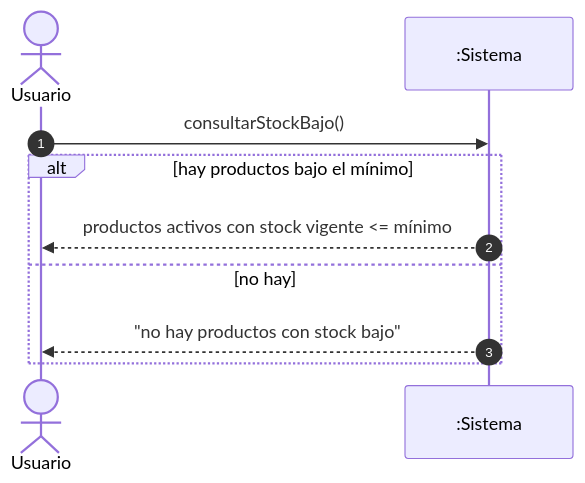
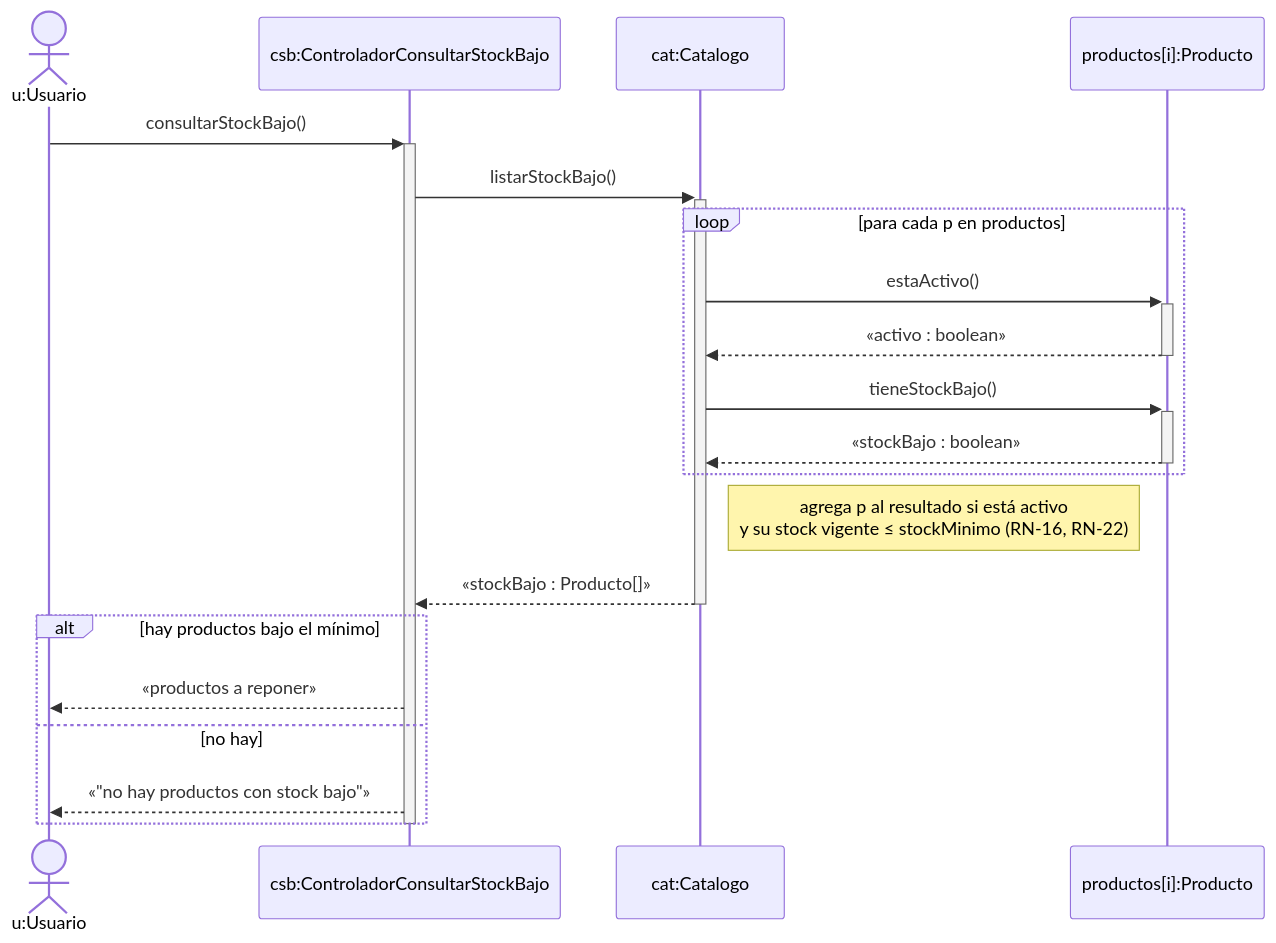
One commit to cirotop/Stock-Project changed diagram 11 of 12 in 08-Diagrama De Secuencia/Diagramas_de_Secuencia.md. Above: the diagram before and after it, drawn with Mermaid. The commit also changed other lines of this file, not shown here.

````diff
--- a/08-Diagrama De Secuencia/Diagramas_de_Secuencia.md
+++ b/08-Diagrama De Secuencia/Diagramas_de_Secuencia.md
@@ -152,12 +384,24 @@
 ```mermaid
 sequenceDiagram
-    autonumber
-    actor U as Usuario
-    participant S as :Sistema
-    U->>S: consultarStockBajo()
+    actor u as u:Usuario
+    participant csb as csb:ControladorConsultarStockBajo
+    participant cat as cat:Catalogo
+    participant p as productos[i]:Producto
+
+    u->>+csb: consultarStockBajo()
+    csb->>+cat: listarStockBajo()
+    loop para cada p en productos
+        cat->>+p: estaActivo()
+        p-->>-cat: «activo : boolean»
+        cat->>+p: tieneStockBajo()
+        p-->>-cat: «stockBajo : boolean»
+    end
+    Note right of cat: agrega p al resultado si está activo<br/>y su stock vigente ≤ stockMinimo (RN-16, RN-22)
+    cat-->>-csb: «stockBajo : Producto[]»
     alt hay productos bajo el mínimo
-        S-->>U: productos activos con stock vigente <= mínimo
+        csb-->>u: «productos a reponer»
     else no hay
-        S-->>U: "no hay productos con stock bajo"
+        csb-->>u: «"no hay productos con stock bajo"»
     end
+    deactivate csb
 ```
````
